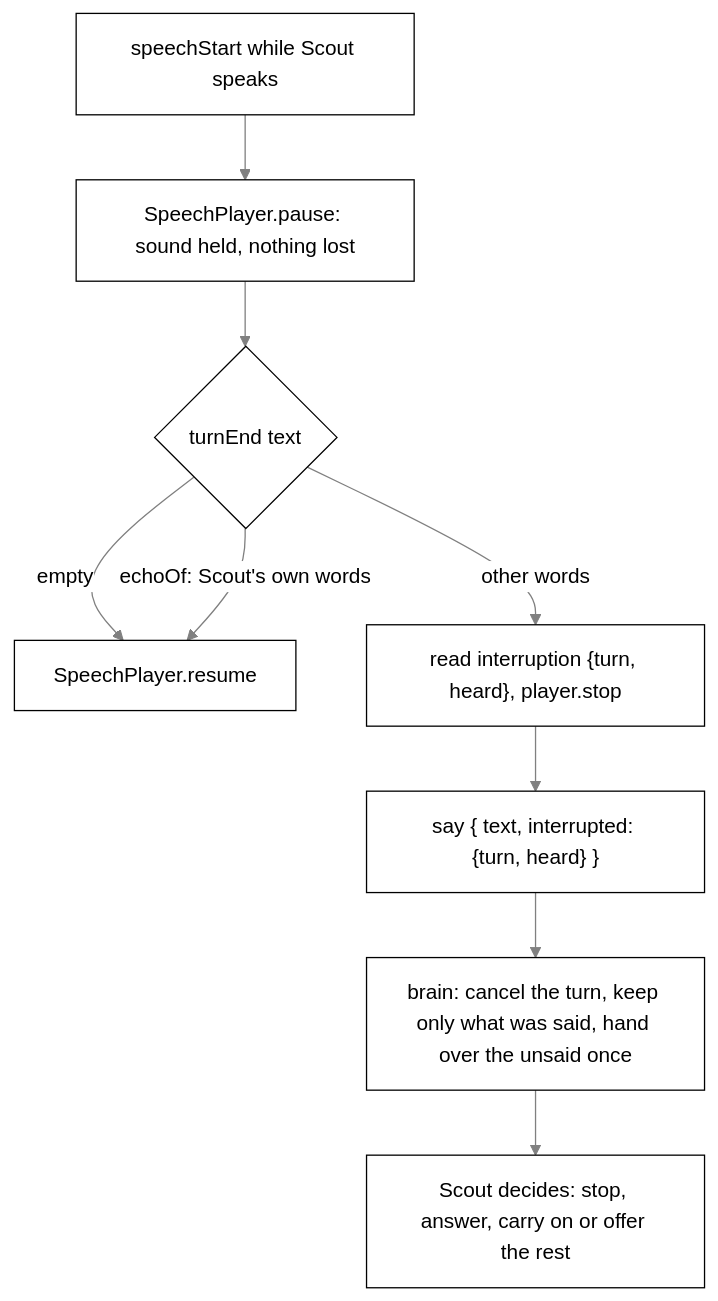
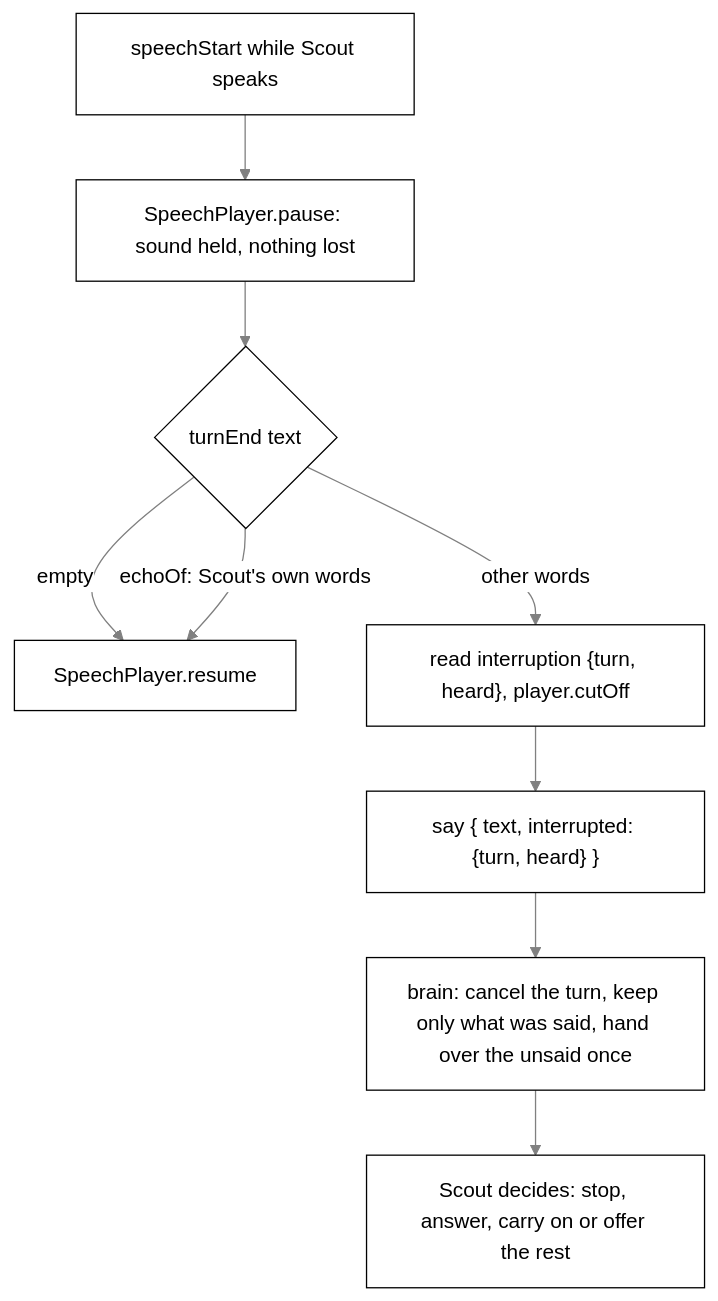
The fourth of 5 diagrams in docs/voice.md (nadeem4/tagalong), drawn with Mermaid before and after one commit. The commit also changed other lines of this file and 29 other files, not shown here.

````diff
--- a/docs/voice.md
+++ b/docs/voice.md
@@ -444,12 +450,12 @@
 ```mermaid
 %%{init: {"theme": "base", "themeVariables": {"primaryColor": "#ffffff", "primaryTextColor": "#000000", "primaryBorderColor": "#000000", "lineColor": "#808080", "arrowheadColor": "#808080", "secondaryColor": "#f2f2f2", "tertiaryColor": "#ffffff", "clusterBkg": "#f7f7f7", "clusterBorder": "#808080", "edgeLabelBackground": "#ffffff", "titleColor": "#808080", "actorBkg": "#ffffff", "actorBorder": "#000000", "actorTextColor": "#000000", "actorLineColor": "#808080", "signalColor": "#808080", "signalTextColor": "#808080", "sequenceNumberColor": "#ffffff", "labelBoxBkgColor": "#ffffff", "labelBoxBorderColor": "#808080", "labelTextColor": "#000000", "loopTextColor": "#808080", "noteBkgColor": "#f7f7f7", "noteBorderColor": "#808080", "noteTextColor": "#000000", "activationBkgColor": "#f7f7f7", "activationBorderColor": "#808080", "fontFamily": "Segoe UI, Helvetica, Arial, sans-serif"}}}%%
 flowchart TD
   A["speechStart while Scout speaks"] --> B["SpeechPlayer.pause: sound held, nothing lost"]
   B --> C{"turnEnd text"}
   C -->|"empty"| R["SpeechPlayer.resume"]
   C -->|"echoOf: Scout's own words"| R
-  C -->|"other words"| D["read interruption {turn, heard}, player.stop"]
+  C -->|"other words"| D["read interruption {turn, heard}, player.cutOff"]
   D --> E["say { text, interrupted: {turn, heard} }"]
   E --> F["brain: cancel the turn, keep only what was said, hand over the unsaid once"]
   F --> G["Scout decides: stop, answer, carry on or offer the rest"]
 ```
````
